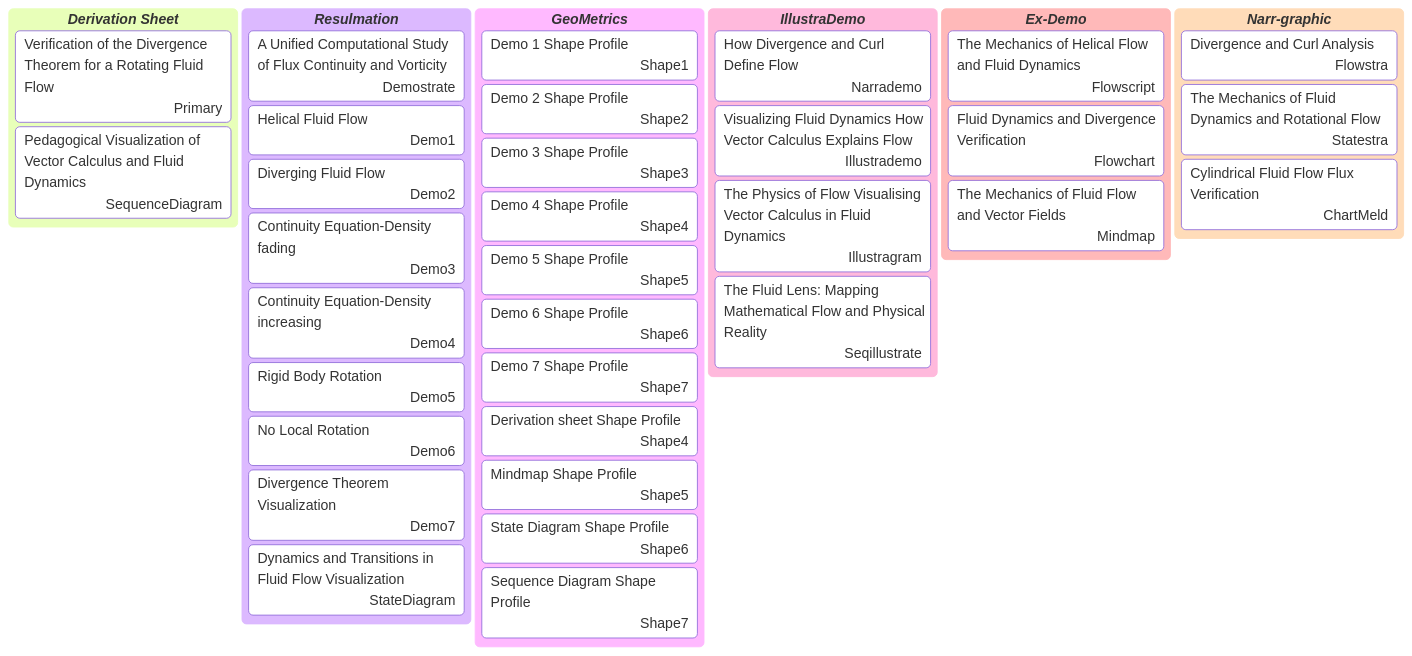
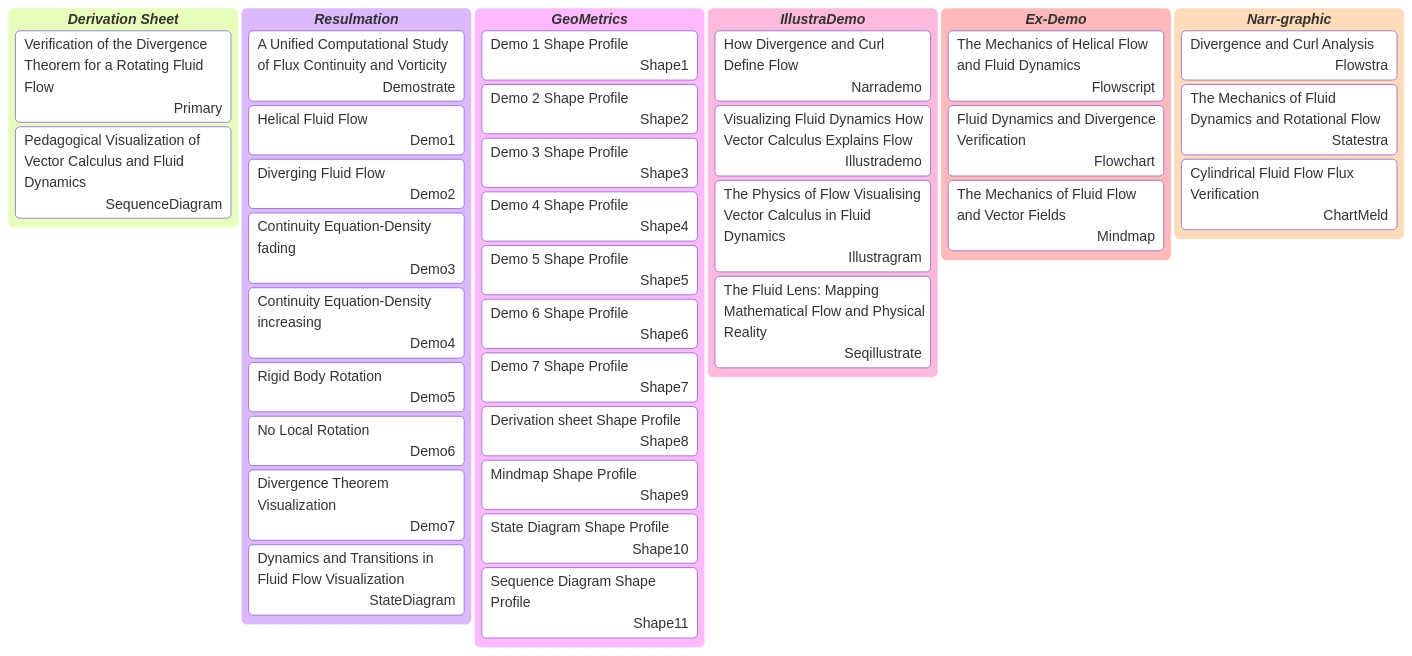
The first of 2 diagrams in Advanced Vector Calculus and Physical Dynamic/Kanban.md (viadean/CDP), drawn with Mermaid before and after one commit.

````diff
--- a/Advanced Vector Calculus and Physical Dynamic/Kanban.md
+++ b/Advanced Vector Calculus and Physical Dynamic/Kanban.md
@@ -15,46 +15,46 @@
 ```mermaid
 ---
 config:
  kanban:
   sectionWidth: 260
 ---
 kanban
   ***Derivation Sheet***
    Verification of the Divergence Theorem for a Rotating Fluid Flow@{assigned: Primary}
    Pedagogical Visualization of Vector Calculus and Fluid Dynamics@{assigned: SequenceDiagram}
   ***Resulmation***
     A Unified Computational Study of Flux Continuity and Vorticity@{assigned: Demostrate}
     Helical Fluid Flow@{assigned: Demo1}
     Diverging Fluid Flow@{assigned: Demo2}
     Continuity Equation-Density fading@{assigned: Demo3}
     Continuity Equation-Density increasing@{assigned: Demo4}
     Vorticity(Rigid Body Rotation)@{assigned: Demo5}
     Irrotational Vortex (No Local Rotation)@{assigned: Demo6}
     Divergence Theorem Visualization@{assigned: Demo7}
     Dynamics and Transitions in Fluid Flow Visualization@{assigned: StateDiagram}
   ***GeoMetrics***
     Demo 1 Shape Profile@{assigned: Shape1}
     Demo 2 Shape Profile@{assigned: Shape2}
     Demo 3 Shape Profile@{assigned: Shape3}
     Demo 4 Shape Profile@{assigned: Shape4}
     Demo 5 Shape Profile@{assigned: Shape5}
     Demo 6 Shape Profile@{assigned: Shape6}
     Demo 7 Shape Profile@{assigned: Shape7}
-    Derivation sheet Shape Profile@{assigned: Shape4}
-    Mindmap Shape Profile@{assigned: Shape5}
-    State Diagram Shape Profile@{assigned: Shape6}
-    Sequence Diagram Shape Profile@{assigned: Shape7}
+    Derivation sheet Shape Profile@{assigned: Shape8}
+    Mindmap Shape Profile@{assigned: Shape9}
+    State Diagram Shape Profile@{assigned: Shape10}
+    Sequence Diagram Shape Profile@{assigned: Shape11}
   ***IllustraDemo***
     How Divergence and Curl Define Flow@{assigned: Narrademo}
     Visualizing Fluid Dynamics How Vector Calculus Explains Flow@{assigned: Illustrademo}
     The Physics of Flow Visualising Vector Calculus in Fluid Dynamics@{assigned: Illustragram}
     The Fluid Lens: Mapping Mathematical Flow and Physical Reality@{assigned: Seqillustrate}
   ***Ex-Demo***
     The Mechanics of Helical Flow and Fluid Dynamics@{assigned: Flowscript}
     Fluid Dynamics and Divergence Verification@{assigned: Flowchart}
     The Mechanics of Fluid Flow and Vector Fields@{assigned: Mindmap}
   ***Narr-graphic***
     Divergence and Curl Analysis@{assigned: Flowstra}
     The Mechanics of Fluid Dynamics and Rotational Flow@{assigned: Statestra}
     Cylindrical Fluid Flow Flux Verification@{assigned: ChartMeld}
 ```
````
